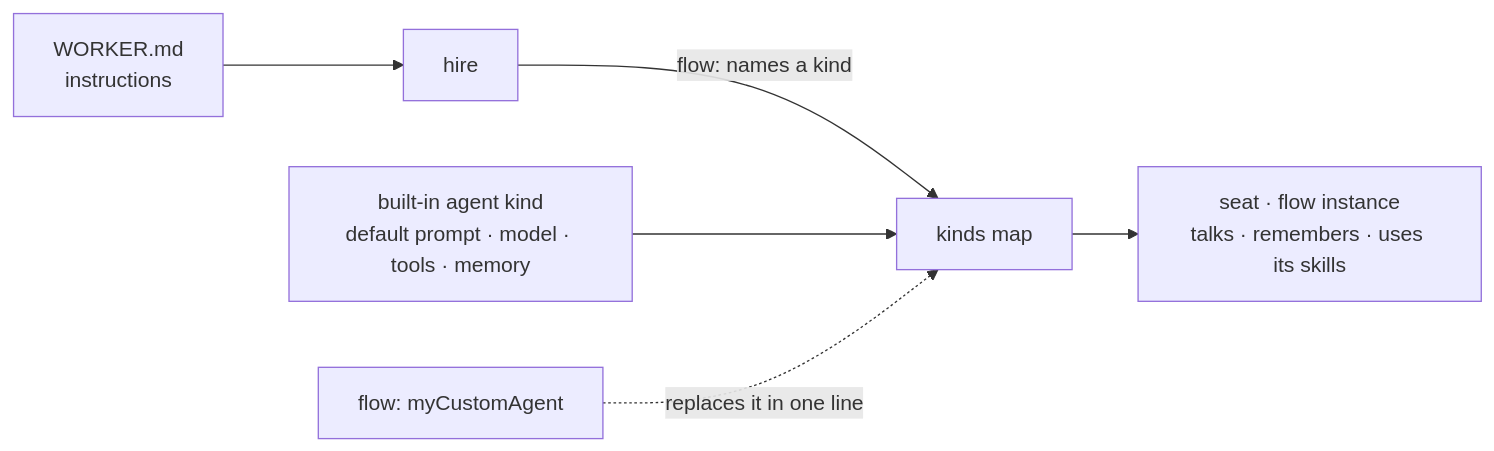
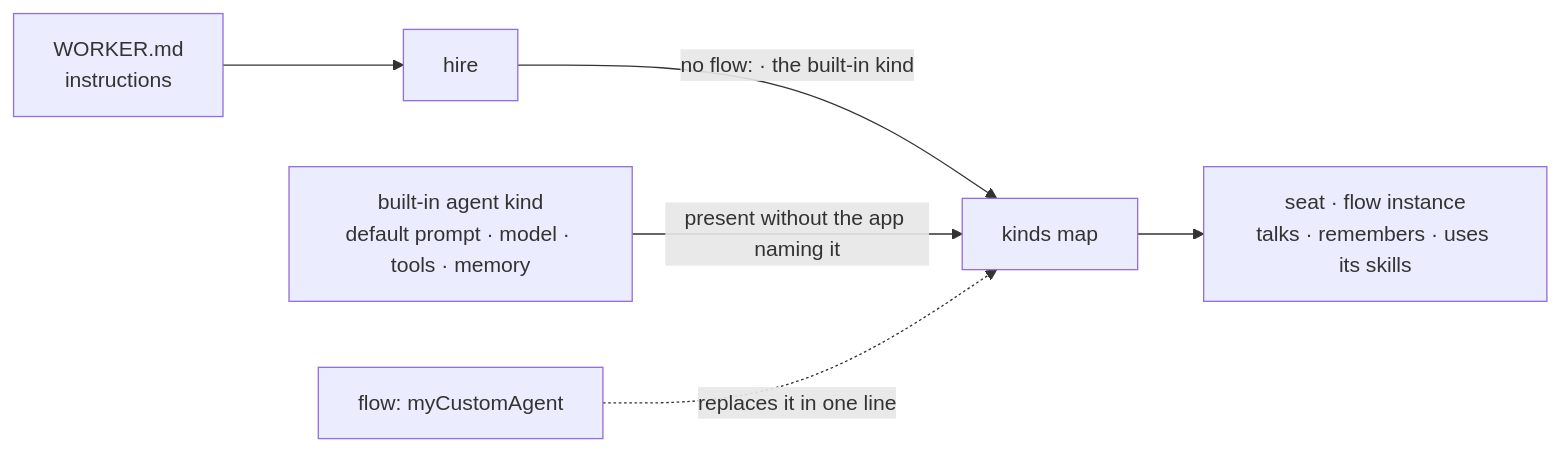
The second of 4 diagrams in spec/_epics/default-agent-kind.explainer.md (fixpoint-labs/flow-state-dev), drawn with Mermaid before and after one commit. The commit also changed other lines of this file, not shown here.

````diff
--- a/spec/_epics/default-agent-kind.explainer.md
+++ b/spec/_epics/default-agent-kind.explainer.md
@@ -27,8 +28,8 @@
 ```mermaid
 flowchart LR
   W["WORKER.md<br/>instructions"] --> H[hire]
-  H -->|"flow: names a kind"| K["kinds map"]
+  H -->|"no flow: · the built-in kind"| K["kinds map"]
   K --> S["seat · flow instance<br/>talks · remembers · uses its skills"]
-  G["built-in agent kind<br/>default prompt · model · tools · memory"] --> K
+  G["built-in agent kind<br/>default prompt · model · tools · memory"] -->|"present without the app naming it"| K
   C["flow: myCustomAgent"] -.->|"replaces it in one line"| K
 ```
````
